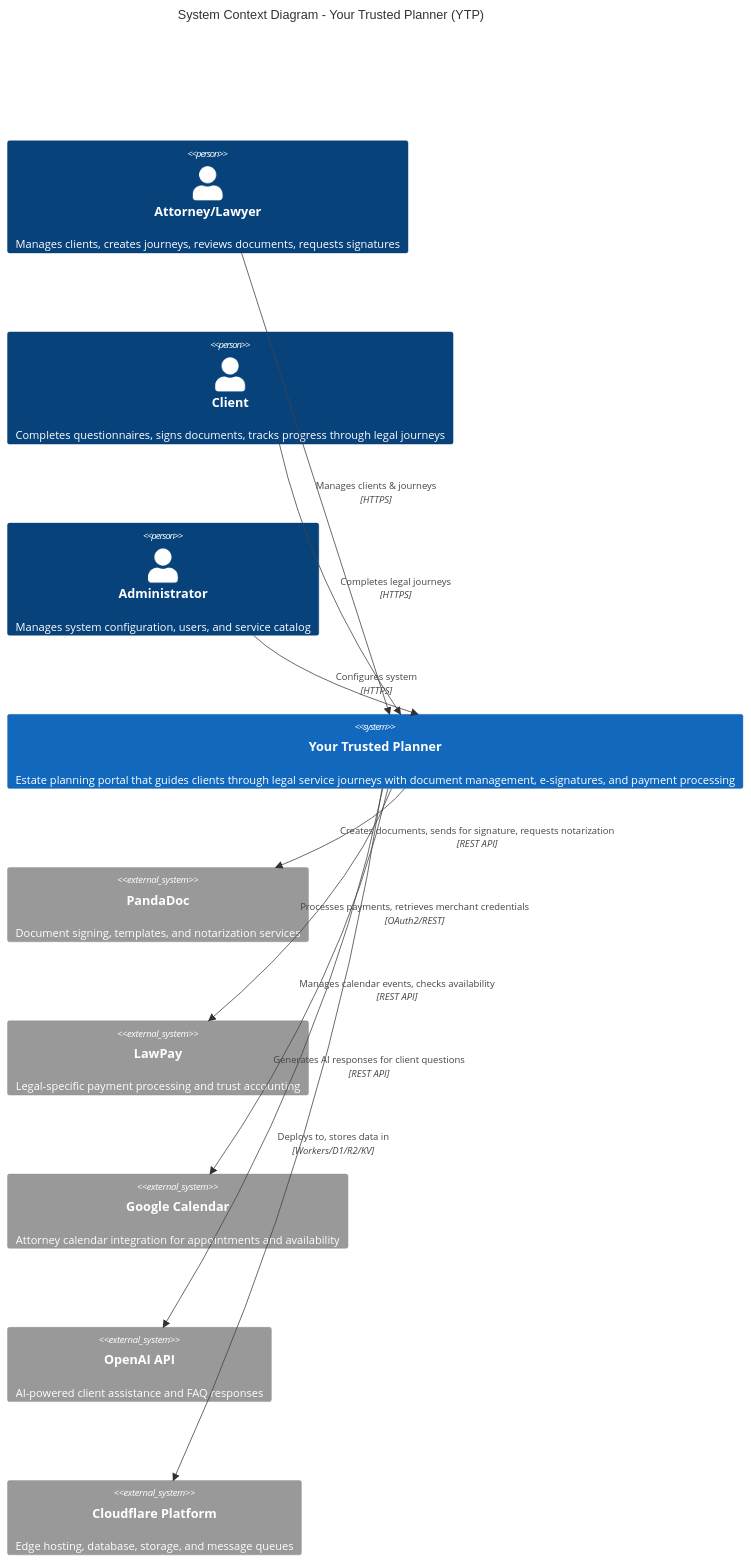
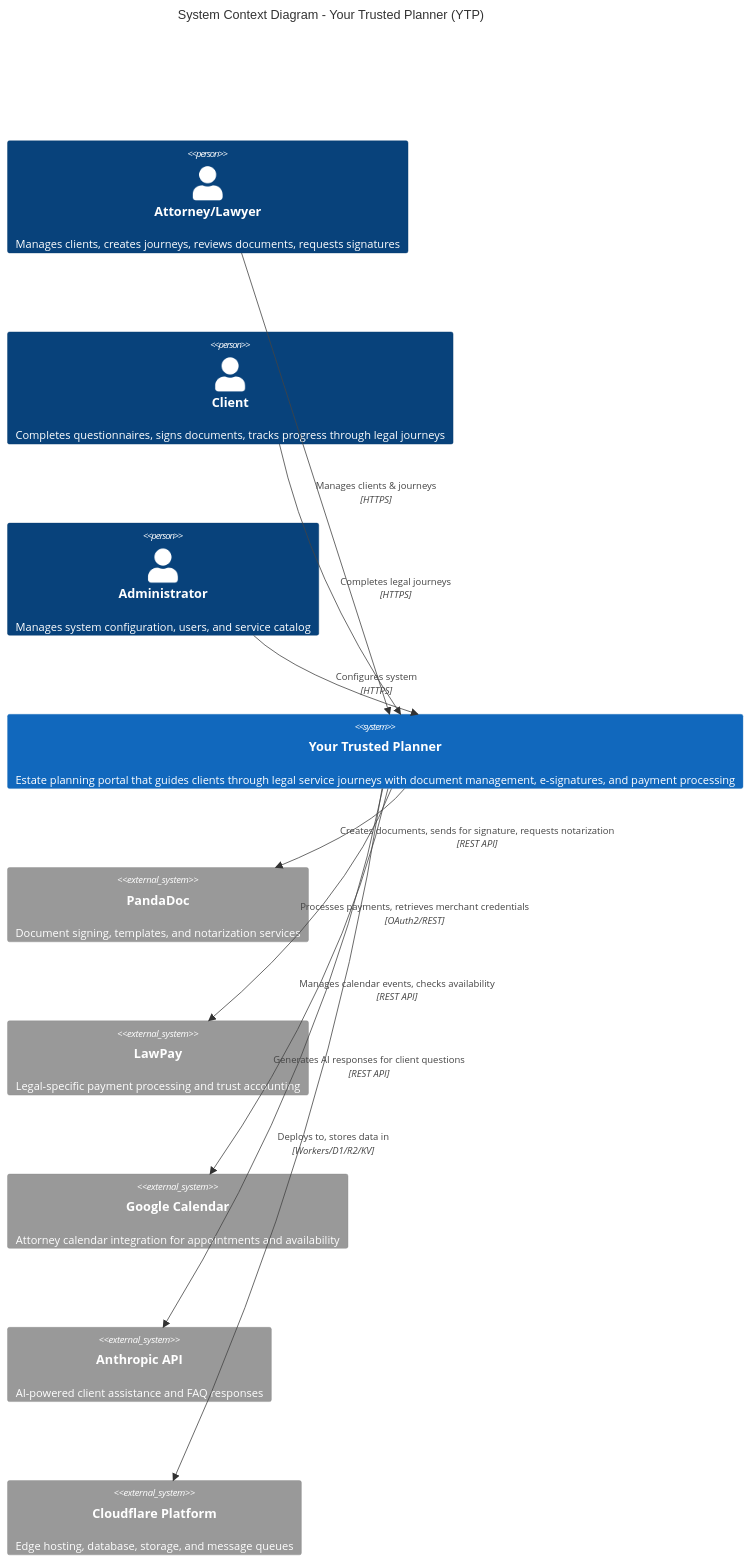
Before and after one commit to your-trusted-planner/ytp: the first of 6 diagrams in doc/public_site/architecture/c4-diagrams.md, drawn with Mermaid. The commit also changed other lines of this file and 1 other file, not shown here.

Commit message:
updated AI API to Anthropic from Open AI; noted internal esign in some places

````diff
--- a/doc/public_site/architecture/c4-diagrams.md
+++ b/doc/public_site/architecture/c4-diagrams.md
@@ -16,28 +16,28 @@
 ```mermaid
 C4Context
     title System Context Diagram - Your Trusted Planner (YTP)
 
     Person(attorney, "Attorney/Lawyer", "Manages clients, creates journeys, reviews documents, requests signatures")
     Person(client, "Client", "Completes questionnaires, signs documents, tracks progress through legal journeys")
     Person(admin, "Administrator", "Manages system configuration, users, and service catalog")
 
     System(ytp, "Your Trusted Planner", "Estate planning portal that guides clients through legal service journeys with document management, e-signatures, and payment processing")
 
     System_Ext(pandadoc, "PandaDoc", "Document signing, templates, and notarization services")
     System_Ext(lawpay, "LawPay", "Legal-specific payment processing and trust accounting")
     System_Ext(google, "Google Calendar", "Attorney calendar integration for appointments and availability")
-    System_Ext(openai, "OpenAI API", "AI-powered client assistance and FAQ responses")
+    System_Ext(anthropic, "Anthropic API", "AI-powered client assistance and FAQ responses")
     System_Ext(cloudflare, "Cloudflare Platform", "Edge hosting, database, storage, and message queues")
 
     Rel(attorney, ytp, "Manages clients & journeys", "HTTPS")
     Rel(client, ytp, "Completes legal journeys", "HTTPS")
     Rel(admin, ytp, "Configures system", "HTTPS")
 
     Rel(ytp, pandadoc, "Creates documents, sends for signature, requests notarization", "REST API")
     Rel(ytp, lawpay, "Processes payments, retrieves merchant credentials", "OAuth2/REST")
     Rel(ytp, google, "Manages calendar events, checks availability", "REST API")
-    Rel(ytp, openai, "Generates AI responses for client questions", "REST API")
+    Rel(ytp, anthropic, "Generates AI responses for client questions", "REST API")
     Rel(ytp, cloudflare, "Deploys to, stores data in", "Workers/D1/R2/KV")
 
     UpdateLayoutConfig($c4ShapeInRow="3", $c4BoundaryInRow="1")
 ```
````
